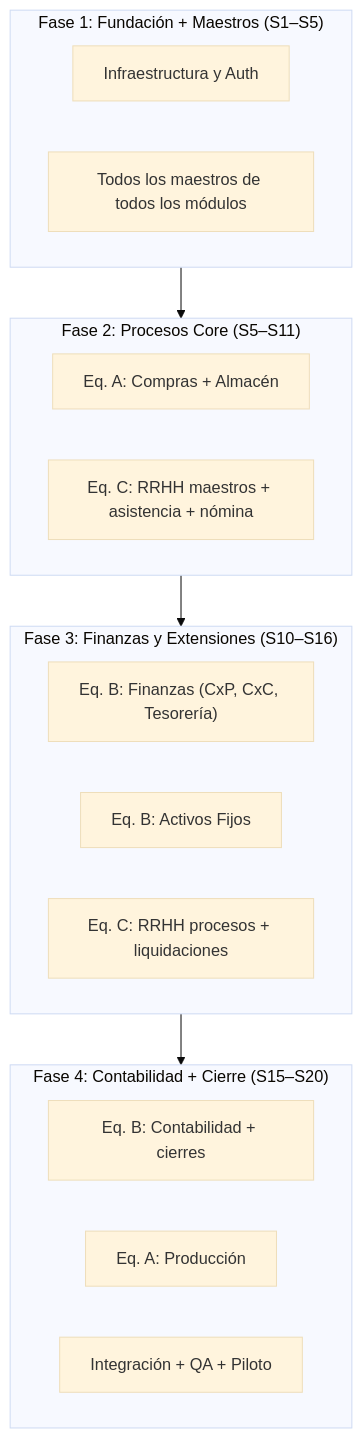
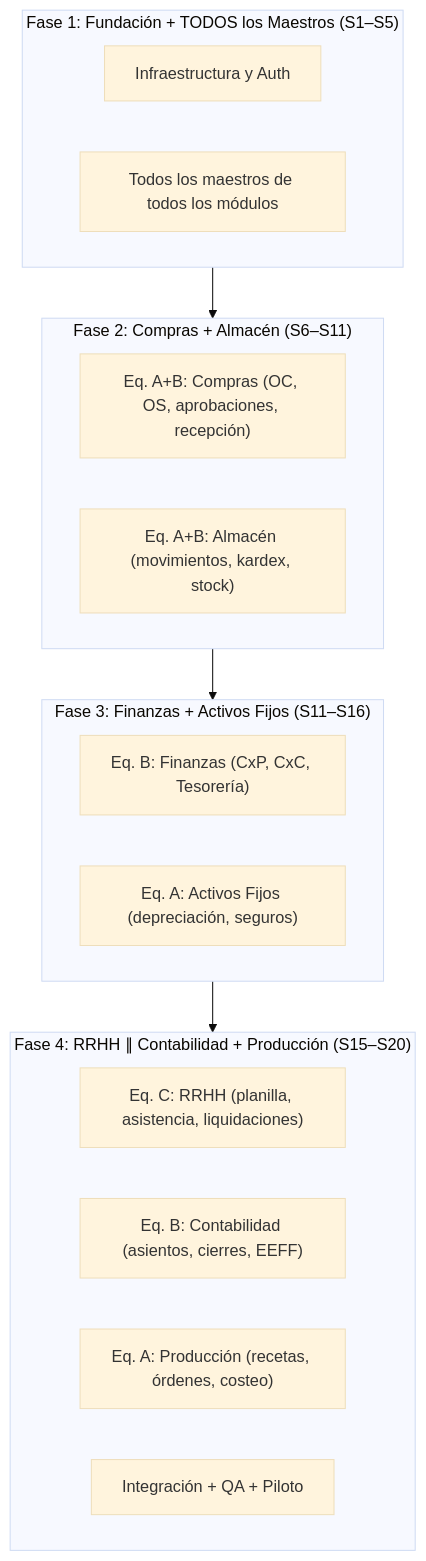
Before and after one commit to jramirezch1978/sigre_web: the fourth of 11 diagrams in restaurante.pe/ROADMAP_RESTAURANT_PE.md, drawn with Mermaid (base theme). The commit also changed other lines of this file, not shown here.

Commit message:
refactor: Reorganizar fases del roadmap - Maestros, Compras+Almacen, Finanzas+Activos, RRHH+Contabilidad+Produccion en paralelo al final

````diff
--- a/restaurante.pe/ROADMAP_RESTAURANT_PE.md
+++ b/restaurante.pe/ROADMAP_RESTAURANT_PE.md
@@ -161,28 +162,28 @@
 ```mermaid
 flowchart TB
-    subgraph Fase1["Fase 1: Fundación + Maestros (S1–S5)"]
+    subgraph Fase1["Fase 1: Fundación + TODOS los Maestros (S1–S5)"]
         direction LR
         F1A[Infraestructura y Auth]
         F1B[Todos los maestros de todos los módulos]
     end
-    subgraph Fase2["Fase 2: Procesos Core (S5–S11)"]
+    subgraph Fase2["Fase 2: Compras + Almacén (S6–S11)"]
         direction LR
-        F2A["Eq. A: Compras + Almacén"]
-        F2C["Eq. C: RRHH maestros + asistencia + nómina"]
+        F2A["Eq. A+B: Compras (OC, OS, aprobaciones, recepción)"]
+        F2B["Eq. A+B: Almacén (movimientos, kardex, stock)"]
     end
-    subgraph Fase3["Fase 3: Finanzas y Extensiones (S10–S16)"]
+    subgraph Fase3["Fase 3: Finanzas + Activos Fijos (S11–S16)"]
         direction LR
         F3A["Eq. B: Finanzas (CxP, CxC, Tesorería)"]
-        F3B["Eq. B: Activos Fijos"]
-        F3C["Eq. C: RRHH procesos + liquidaciones"]
+        F3B["Eq. A: Activos Fijos (depreciación, seguros)"]
     end
-    subgraph Fase4["Fase 4: Contabilidad + Cierre (S15–S20)"]
+    subgraph Fase4["Fase 4: RRHH ∥ Contabilidad + Producción (S15–S20)"]
         direction LR
-        F4A["Eq. B: Contabilidad + cierres"]
-        F4B["Eq. A: Producción"]
-        F4C[Integración + QA + Piloto]
+        F4A["Eq. C: RRHH (planilla, asistencia, liquidaciones)"]
+        F4B["Eq. B: Contabilidad (asientos, cierres, EEFF)"]
+        F4C["Eq. A: Producción (recetas, órdenes, costeo)"]
+        F4D[Integración + QA + Piloto]
     end
     Fase1 --> Fase2
     Fase2 --> Fase3
     Fase3 --> Fase4
 ```
````
